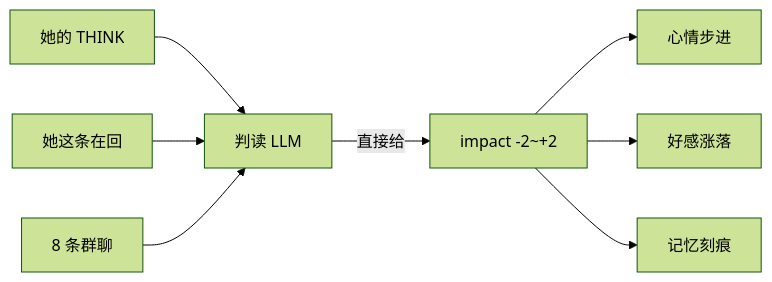
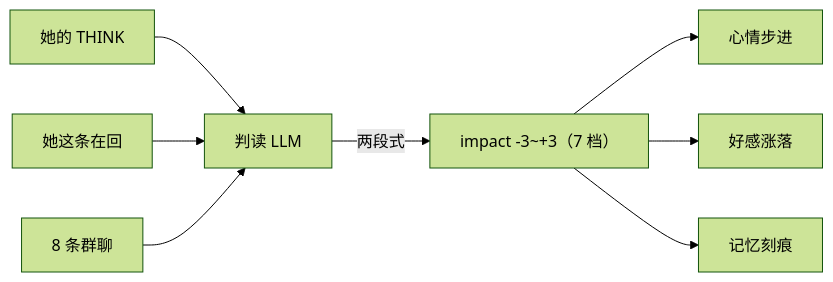
One commit to CameraResearcherXH/nonebot2-qq-dsh-bot changed the first of 5 diagrams in docs/affect-and-response-design.md. Above: the diagram before and after it, drawn with Mermaid (forest theme). The commit also changed other lines of this file and 104 other files, not shown here.

First line of the commit message:
feat: 意图理解层 + 输出上限 4000 + send 出站清洗（2026-11-27）

````diff
--- a/docs/affect-and-response-design.md
+++ b/docs/affect-and-response-design.md
@@ -37,10 +37,10 @@
 ```mermaid
 flowchart LR
     A[她的 THINK] --> B[判读 LLM]
     C[她这条在回] --> B
     D[8 条群聊] --> B
-    B -->|直接给| E["impact -2~+2"]
+    B -->|两段式| E["impact -3~+3（7 档）"]
     E --> F[心情步进]
     E --> G[好感涨落]
     E --> H[记忆刻痕]
 ```
````
